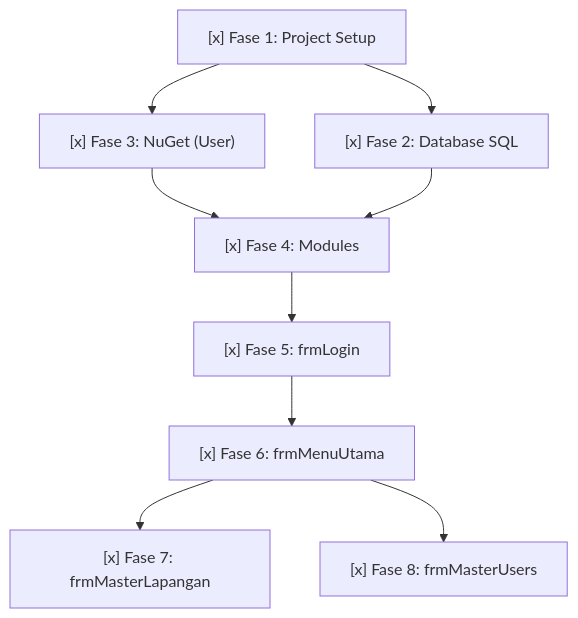
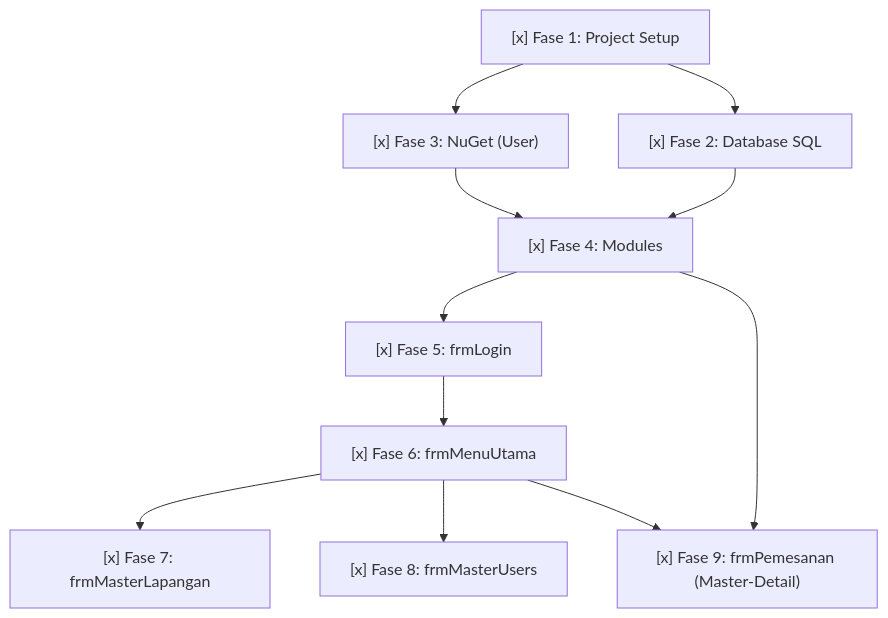
One commit to Alfar0nt/SIPELA-Sistem-Informasi-Pemesanan-Arung-Futsal changed the diagram in .ai/IMPLEMENTATION-PLAN.md. Above: the diagram before and after it, drawn with Mermaid. The commit also changed other lines of this file and 20 other files, not shown here.

Commit message:
feat(week11): implement master-detail booking form, atomic transactions, anti double-booking, and concise demo script

````diff
--- a/.ai/IMPLEMENTATION-PLAN.md
+++ b/.ai/IMPLEMENTATION-PLAN.md
@@ -162,11 +183,13 @@
 ```mermaid
 flowchart TD
     P1["[x] Fase 1: Project Setup"] --> P2["[x] Fase 2: Database SQL"]
     P1 --> P3["[x] Fase 3: NuGet (User)"]
     P3 --> P4["[x] Fase 4: Modules"]
     P2 --> P4
     P4 --> P5["[x] Fase 5: frmLogin"]
     P5 --> P6["[x] Fase 6: frmMenuUtama"]
     P6 --> P7["[x] Fase 7: frmMasterLapangan"]
     P6 --> P8["[x] Fase 8: frmMasterUsers"]
+    P6 --> P9["[x] Fase 9: frmPemesanan (Master-Detail)"]
+    P4 --> P9
 ```
````
